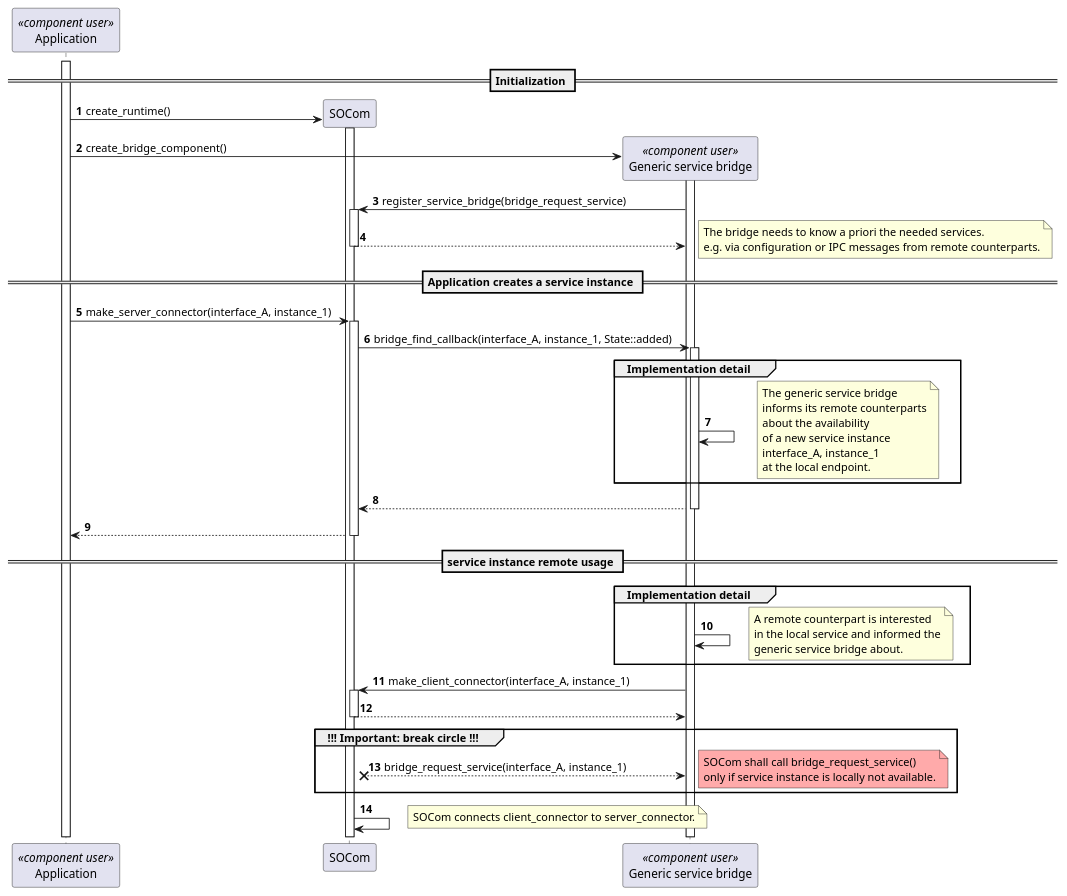
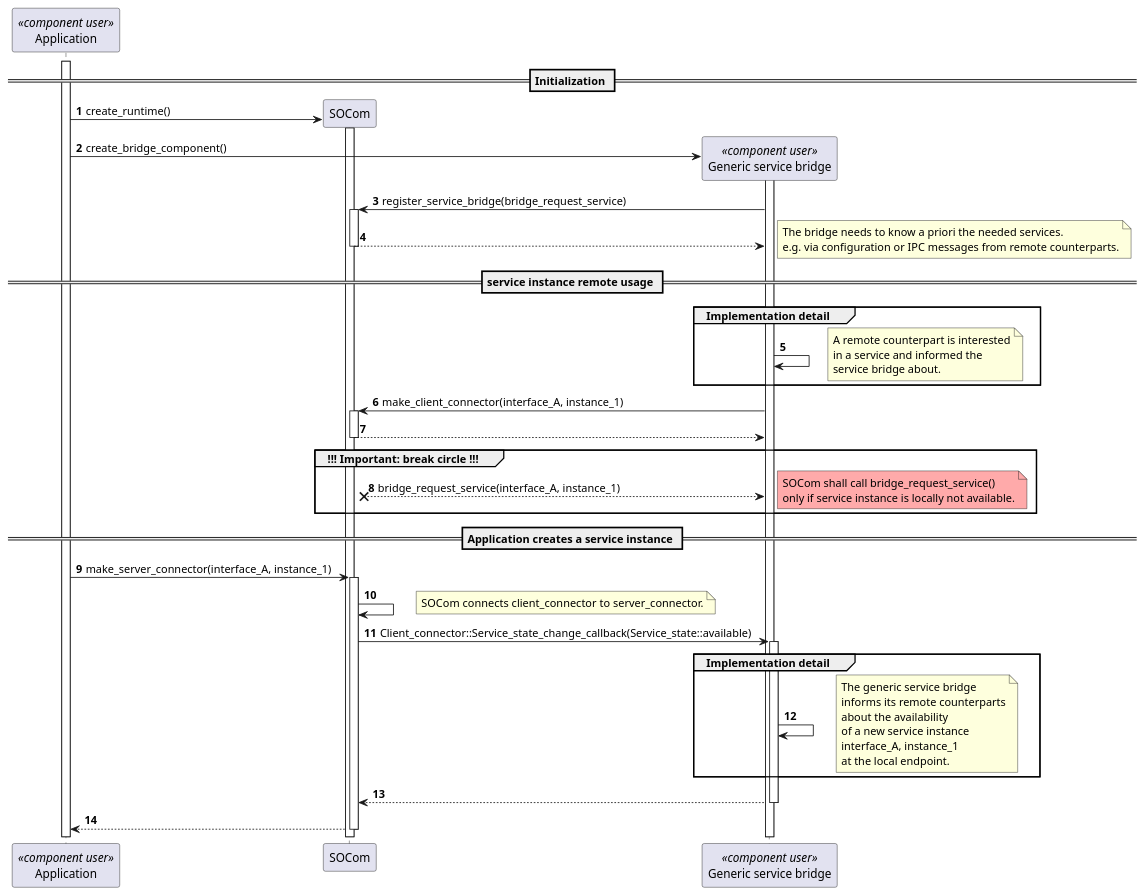
One commit to eclipse-score/inc_someip_gateway changed the diagram in src/socom/doc/design/models/interaction_diagram_service_gateway_provide_service.puml. Above: the diagram before and after it, drawn with PlantUML.

Commit message:
improved diagram

```diff
--- a/src/socom/doc/design/models/interaction_diagram_service_gateway_provide_service.puml
+++ b/src/socom/doc/design/models/interaction_diagram_service_gateway_provide_service.puml
@@ -14,74 +14,74 @@
 @startuml
 participant app as "Application" <<component user>>
 participant socom as "SOCom"
 participant bridge as "Generic service bridge" <<component user>>
 autonumber
 
 == Initialization ==
 
 activate app
 app  -> socom ** : create_runtime()
 activate socom
 app  -> bridge ** : create_bridge_component()
 activate bridge
 
 bridge -> socom :  register_service_bridge(bridge_request_service)
 activate socom
 return
 
 note right
 The bridge needs to know a priori the needed services.
 e.g. via configuration or IPC messages from remote counterparts.
 end note
 
+== service instance remote usage ==
+
+group Implementation detail
+bridge -> bridge
+note right
+A remote counterpart is interested
+in a service and informed the
+service bridge about.
+end note
+end
+
+bridge -> socom : make_client_connector(interface_A, instance_1)
+activate socom
+return
+
+group !!! Important: break circle !!!
+socom X--> bridge : bridge_request_service(interface_A, instance_1)
+note right #FFAAAA
+SOCom shall call bridge_request_service()
+only if service instance is locally not available.
+end note
+end
 
 == Application creates a service instance ==
 
 app -> socom : make_server_connector(interface_A, instance_1)
 activate socom
-socom -> bridge : bridge_find_callback(interface_A, instance_1, State::added)
+socom -> socom
+note right
+SOCom connects client_connector to server_connector.
+end note
+
+socom -> bridge : Client_connector::Service_state_change_callback(Service_state::available)
 activate bridge
 
 group Implementation detail
 bridge -> bridge
 note right
 The generic service bridge
 informs its remote counterparts
 about the availability
 of a new service instance
 interface_A, instance_1
 at the local endpoint.
 end note
 end
 return
 
 return
 
-== service instance remote usage ==
-
-group Implementation detail
-bridge -> bridge
-note right
-A remote counterpart is interested
-in the local service and informed the
-generic service bridge about.
-end note
-end
-
-bridge -> socom : make_client_connector(interface_A, instance_1)
-activate socom
-return
-
-group !!! Important: break circle !!!
-socom X--> bridge : bridge_request_service(interface_A, instance_1)
-note right #FFAAAA
-SOCom shall call bridge_request_service()
-only if service instance is locally not available.
-end note
-end
-
-socom -> socom
-note right
-SOCom connects client_connector to server_connector.
-end note
 @enduml
```
